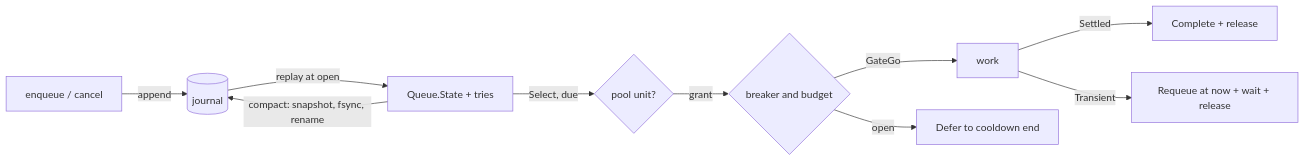
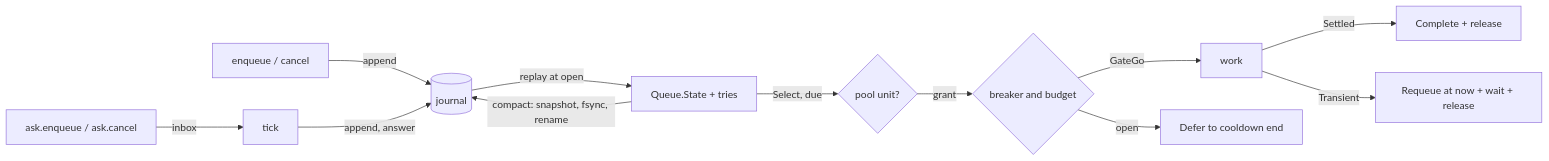
Before and after one commit to MuhDur/bend-kit: the diagram in runner/README.md, drawn with Mermaid. The commit also changed other lines of this file and 5 other files, not shown here.

Commit message:
feat(runner): accept enqueue and cancel from other fibers while attempts run

````diff
--- a/runner/README.md
+++ b/runner/README.md
@@ -11,12 +11,14 @@
 ```mermaid
 flowchart LR
   E[enqueue / cancel] -->|append| J[(journal)]
+  A[ask.enqueue / ask.cancel] -->|inbox| T[tick]
+  T -->|append, answer| J
   J -->|replay at open| S[Queue.State + tries]
   S -->|Select, due| P{pool unit?}
   P -->|grant| B{breaker and budget}
   B -->|GateGo| W[work]
   B -->|open| D[Defer to cooldown end]
   W -->|Settled| C[Complete + release]
   W -->|Transient| Rq[Requeue at now + wait + release]
   S -->|compact: snapshot, fsync, rename| J
 ```
````
